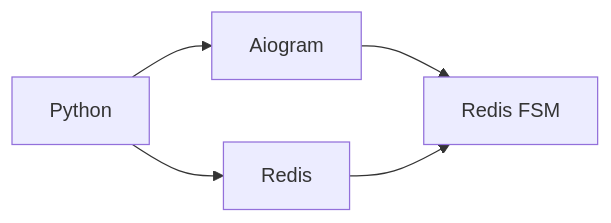
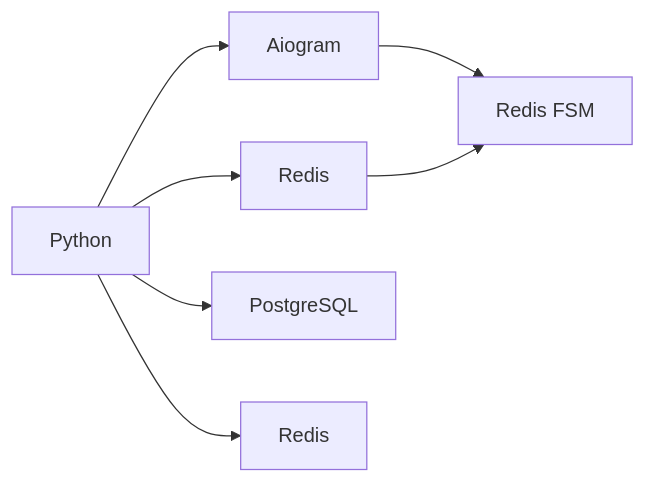
One commit to nihosprop/nihosprop changed the diagram in diagram.mmd. Above: the diagram before and after it, drawn with Mermaid. The commit also changed other lines of this file, not shown here.

Commit message:
refactor

```diff
--- a/diagram.mmd
+++ b/diagram.mmd
@@ -1,5 +1,7 @@
 graph LR
     A[Python] --> B[Aiogram]
     B --> BA[Redis FSM]
     C --> BA[Redis FSM]
     A --> C[Redis]
+    A --> D[PostgreSQL]
+    A --> E[Redis]
```
